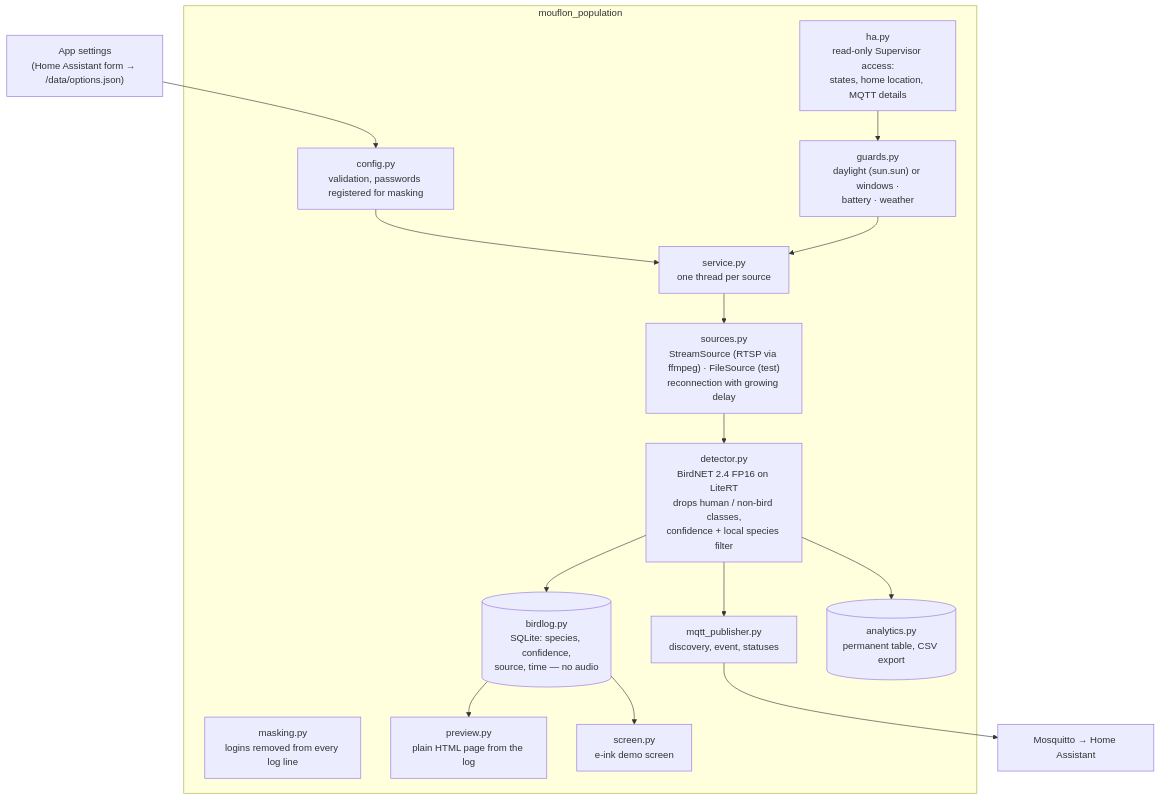
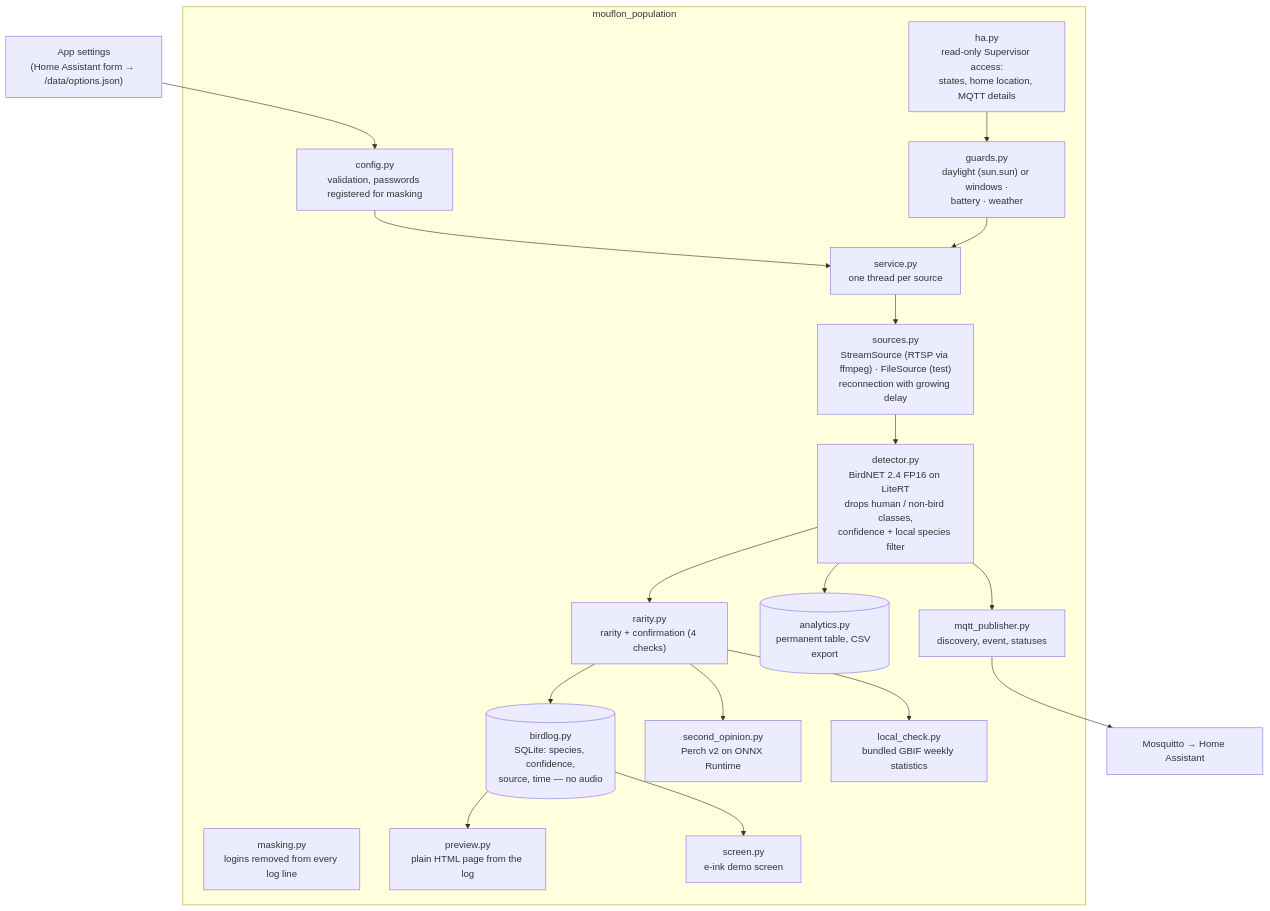
One commit to Digiflons/mouflon-population-share changed the fifth of 10 diagrams in docs/architecture/README.md. Above: the diagram before and after it, drawn with Mermaid. The commit also changed other lines of this file and 40 other files, not shown here.

Commit message:
Mouflon Population 0.7.0 — confirmation cross-checks and secrets starter guide

````diff
--- a/docs/architecture/README.md
+++ b/docs/architecture/README.md
@@ -233,27 +234,32 @@
 ```mermaid
 flowchart TB
   opts["App settings<br/>(Home Assistant form → /data/options.json)"] --> config["config.py<br/>validation, passwords registered for masking"]
   subgraph pkg["mouflon_population"]
     config
     sources["sources.py<br/>StreamSource (RTSP via ffmpeg) · FileSource (test)<br/>reconnection with growing delay"]
     guards["guards.py<br/>daylight (sun.sun) or windows ·<br/>battery · weather"]
     ha["ha.py<br/>read-only Supervisor access:<br/>states, home location, MQTT details"]
     detector["detector.py<br/>BirdNET 2.4 FP16 on LiteRT<br/>drops human / non-bird classes,<br/>confidence + local species filter"]
     birdlog[("birdlog.py<br/>SQLite: species, confidence,<br/>source, time — no audio")]
     mqtt["mqtt_publisher.py<br/>discovery, event, statuses"]
     service["service.py<br/>one thread per source"]
     masking["masking.py<br/>logins removed from every log line"]
     preview["preview.py<br/>plain HTML page from the log"]
     analytics[("analytics.py<br/>permanent table, CSV export")]
     screenr["screen.py<br/>e-ink demo screen"]
+    rarity["rarity.py<br/>rarity + confirmation (4 checks)"]
+    perch["second_opinion.py<br/>Perch v2 on ONNX Runtime"]
+    local["local_check.py<br/>bundled GBIF weekly statistics"]
   end
   config --> service
   ha --> guards
-  service --> sources --> detector --> birdlog
+  service --> sources --> detector --> rarity --> birdlog
+  rarity --> perch
+  rarity --> local
   guards --> service
   detector --> mqtt
   birdlog --> preview
   detector --> analytics
   birdlog --> screenr
   mqtt --> broker["Mosquitto → Home Assistant"]
 ```
````
